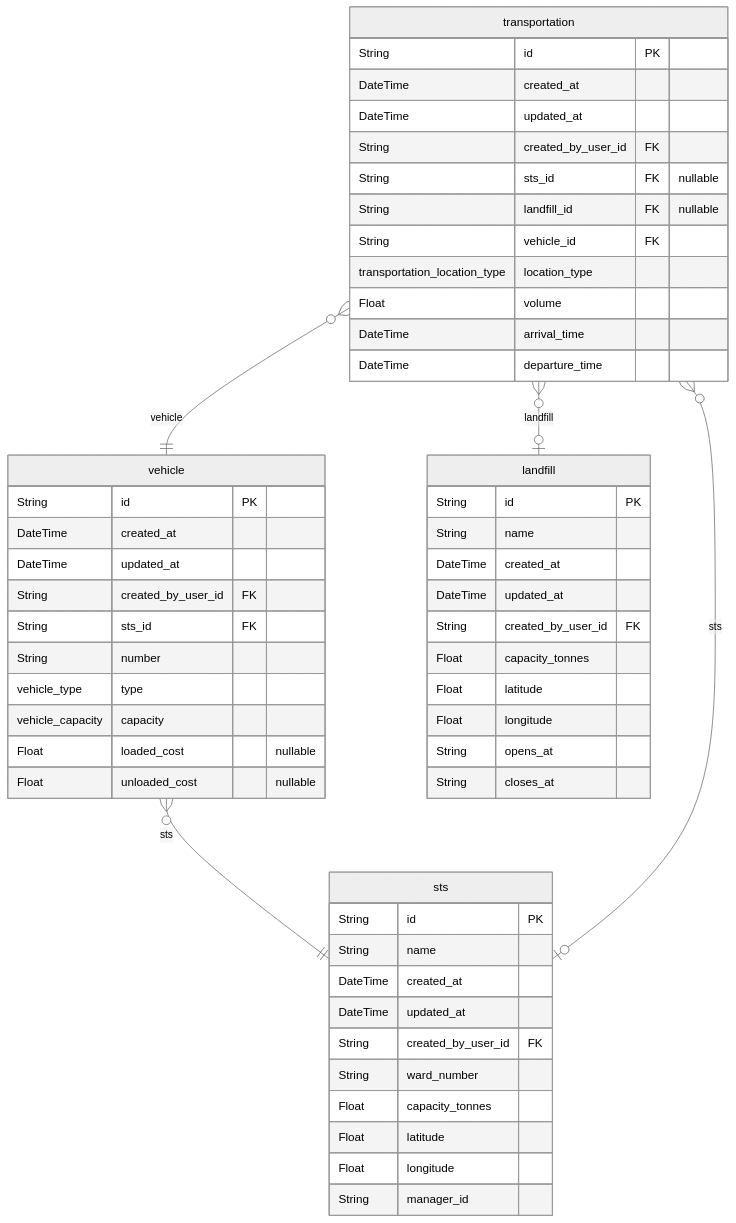
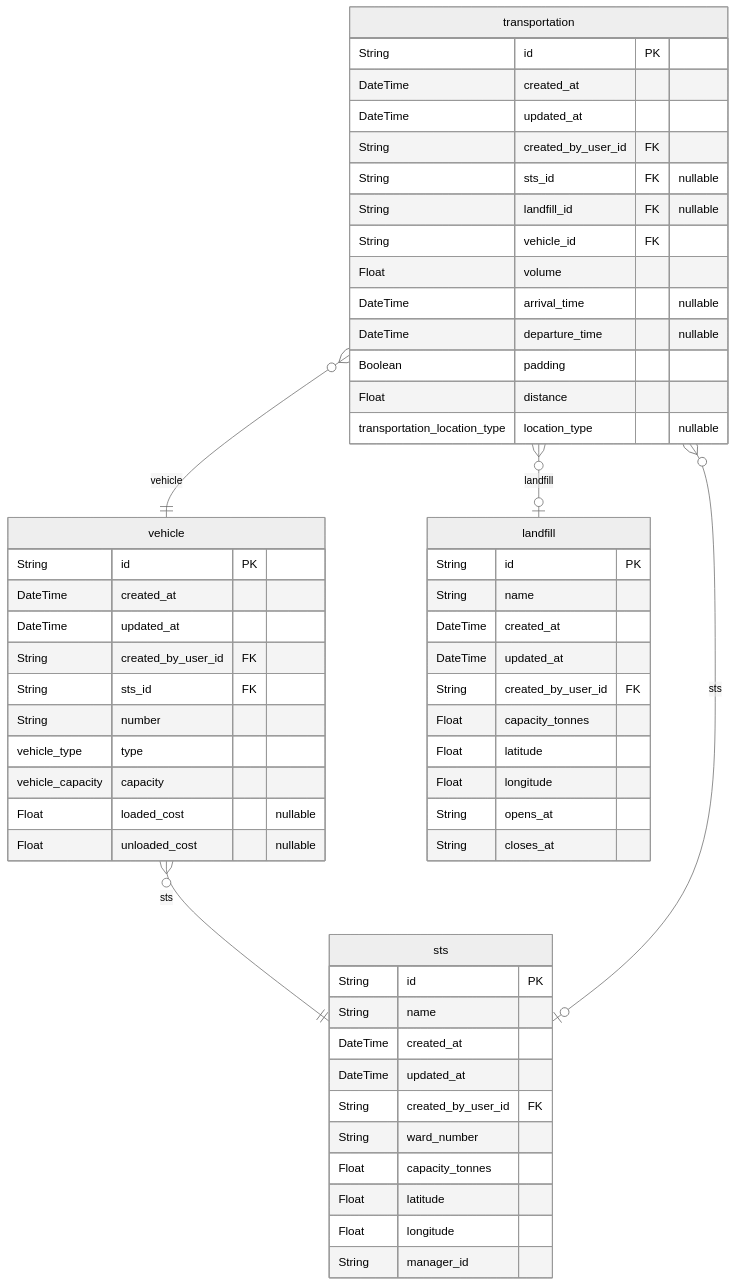
One commit to nurulhudaapon/codesamurai-final changed the second of 2 diagrams in packages/db/README.md. Above: the diagram before and after it, drawn with Mermaid (neutral theme). The commit also changed other lines of this file and 3 other files, not shown here.

````diff
--- a/packages/db/README.md
+++ b/packages/db/README.md
@@ -98,56 +98,58 @@
 ```mermaid
 erDiagram
 "vehicle" {
   String id PK
   DateTime created_at
   DateTime updated_at
   String created_by_user_id FK
   String sts_id FK
   String number
   vehicle_type type
   vehicle_capacity capacity
   Float loaded_cost "nullable"
   Float unloaded_cost "nullable"
 }
 "sts" {
   String id PK
   String name
   DateTime created_at
   DateTime updated_at
   String created_by_user_id FK
   String ward_number
   Float capacity_tonnes
   Float latitude
   Float longitude
   String manager_id
 }
 "landfill" {
   String id PK
   String name
   DateTime created_at
   DateTime updated_at
   String created_by_user_id FK
   Float capacity_tonnes
   Float latitude
   Float longitude
   String opens_at
   String closes_at
 }
 "transportation" {
   String id PK
   DateTime created_at
   DateTime updated_at
   String created_by_user_id FK
   String sts_id FK "nullable"
   String landfill_id FK "nullable"
   String vehicle_id FK
-  transportation_location_type location_type
   Float volume
-  DateTime arrival_time
-  DateTime departure_time
+  DateTime arrival_time "nullable"
+  DateTime departure_time "nullable"
+  Boolean padding
+  Float distance
+  transportation_location_type location_type "nullable"
 }
 "vehicle" }o--|| "sts" : sts
 "transportation" }o--o| "sts" : sts
 "transportation" }o--o| "landfill" : landfill
 "transportation" }o--|| "vehicle" : vehicle
 ```
````
